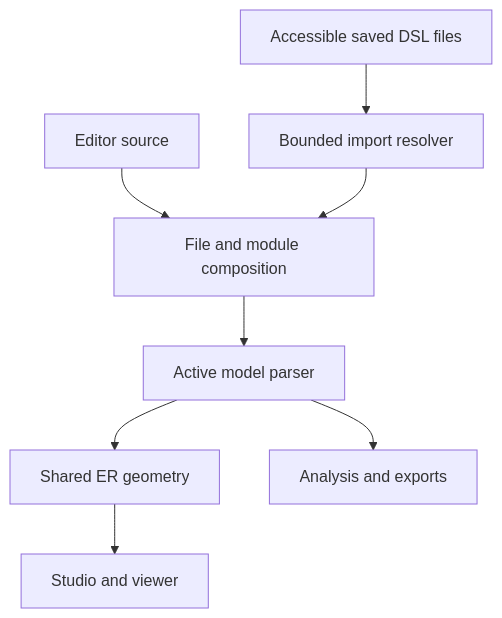
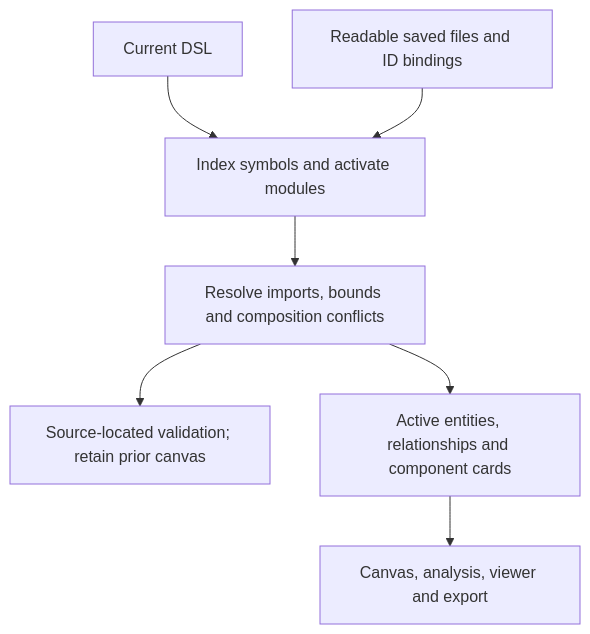
The third of 4 diagrams in docs/ARCHITECTURE.md (vikascohen/Salesforce-ER-Modeller-Studio), drawn with Mermaid before and after one commit. The commit also changed other lines of this file and 21 other files, not shown here.

Commit message:
Consolidate V5 documentation and replace legacy architecture diagrams

````diff
--- a/docs/ARCHITECTURE.md
+++ b/docs/ARCHITECTURE.md
@@ -605,10 +98,9 @@
 ```mermaid
 flowchart TB
-    Editor["Editor source"] --> Composer["File and module composition"]
-    Files["Accessible saved DSL files"] --> Resolver["Bounded import resolver"]
-    Resolver --> Composer
-    Composer --> Parser["Active model parser"]
-    Parser --> Geometry["Shared ER geometry"]
-    Geometry --> Canvas["Studio and viewer"]
-    Parser --> Consumers["Analysis and exports"]
+    Root["Current DSL"] --> Compose["Index symbols and activate modules"]
+    Libraries["Readable saved files and ID bindings"] --> Compose
+    Compose --> Checks["Resolve imports, bounds and composition conflicts"]
+    Checks --> Invalid["Source-located validation; retain prior canvas"]
+    Checks --> Active["Active entities, relationships and component cards"]
+    Active --> Render["Canvas, analysis, viewer and export"]
 ```
````
